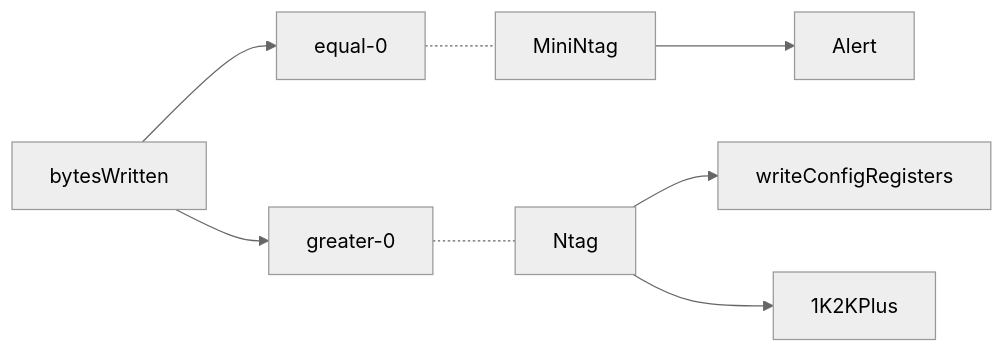
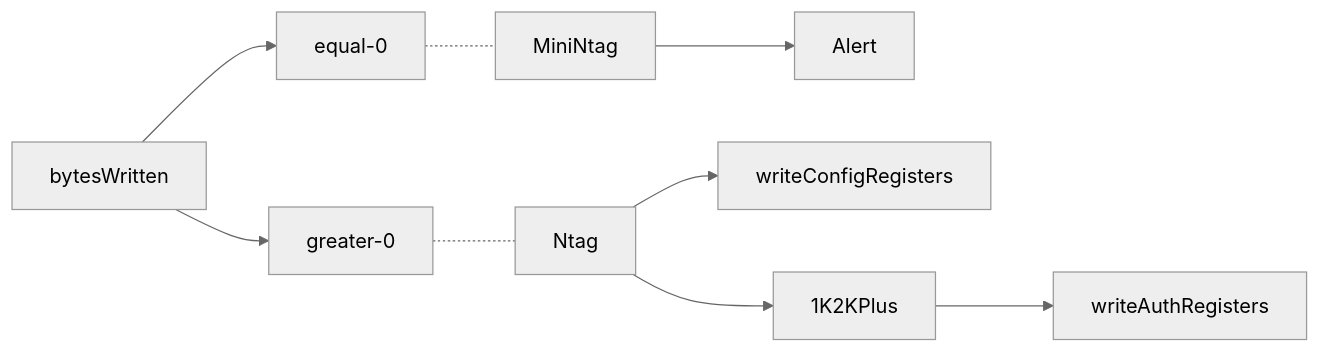
Before and after one commit to gordianknotC/nxp_note: the seventh of 7 diagrams in nxp/NtagDemo_mermaid.md, drawn with Mermaid (neutral theme). The commit also changed other lines of this file, not shown here.

Commit message:
nxp/NtagDemo_mermaid.md updated from https://stackedit.io/

````diff
--- a/nxp/NtagDemo_mermaid.md
+++ b/nxp/NtagDemo_mermaid.md
@@ -188,17 +188,17 @@
 ``` mermaid
 graph LR
 Ntag
 MiniNtag
 bytesWritten
 equal-0
 greater-0
 bytesWritten --> equal-0
 bytesWritten --> greater-0
 greater-0 -.-Ntag
 equal-0 -.- MiniNtag
 MiniNtag --> Alert
 
 Ntag --> writeConfigRegisters
 Ntag --> 1K2KPlus
-
+1K2KPlus --> writeAuthRegisters
 ```
````
